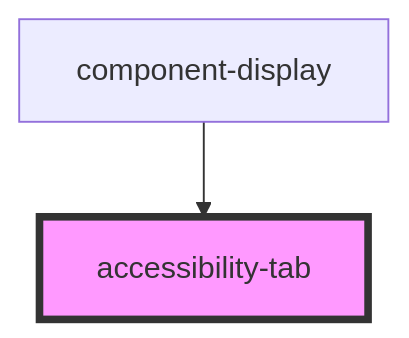
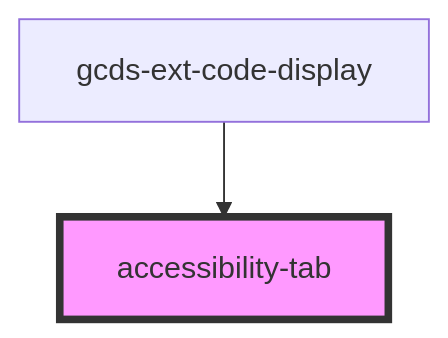
The diagram in src/components/accessibility-tab/readme.md (gcds-extensions/code-display), drawn with Mermaid before and after one commit. The commit also changed other lines of this file and 13 other files, not shown here.

Commit message:
feat: Change name to gcds-ext-code-display

````diff
--- a/src/components/accessibility-tab/readme.md
+++ b/src/components/accessibility-tab/readme.md
@@ -23,5 +23,5 @@
 ```mermaid
 graph TD;
-  component-display --> accessibility-tab
+  gcds-ext-code-display --> accessibility-tab
   style accessibility-tab fill:#f9f,stroke:#333,stroke-width:4px
 ```
````
